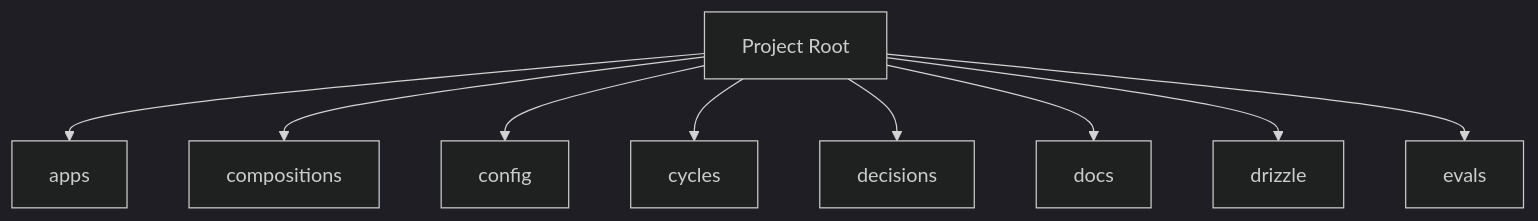
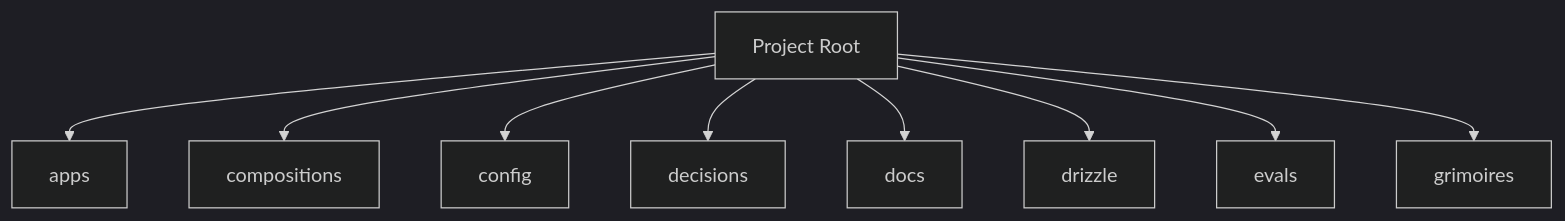
One commit to 0xHoneyJar/loa-freeside changed the diagram in BUTTERFREEZONE.md. Above: the diagram before and after it, drawn with Mermaid (dark theme). The commit also changed other lines of this file, not shown here.

````diff
--- a/BUTTERFREEZONE.md
+++ b/BUTTERFREEZONE.md
@@ -56,20 +56,20 @@
 ```mermaid
 graph TD
     apps[apps]
     compositions[compositions]
     config[config]
-    cycles[cycles]
     decisions[decisions]
     docs[docs]
     drizzle[drizzle]
     evals[evals]
+    grimoires[grimoires]
     Root[Project Root]
     Root --> apps
     Root --> compositions
     Root --> config
-    Root --> cycles
     Root --> decisions
     Root --> docs
     Root --> drizzle
     Root --> evals
+    Root --> grimoires
 ```
````
